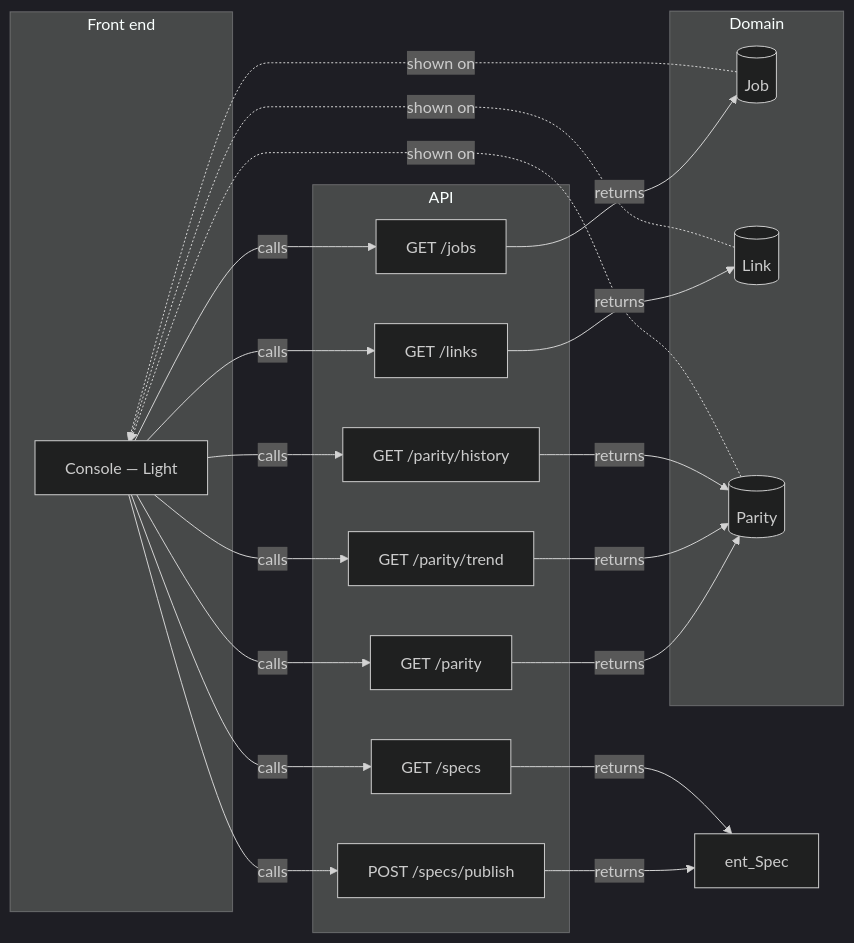
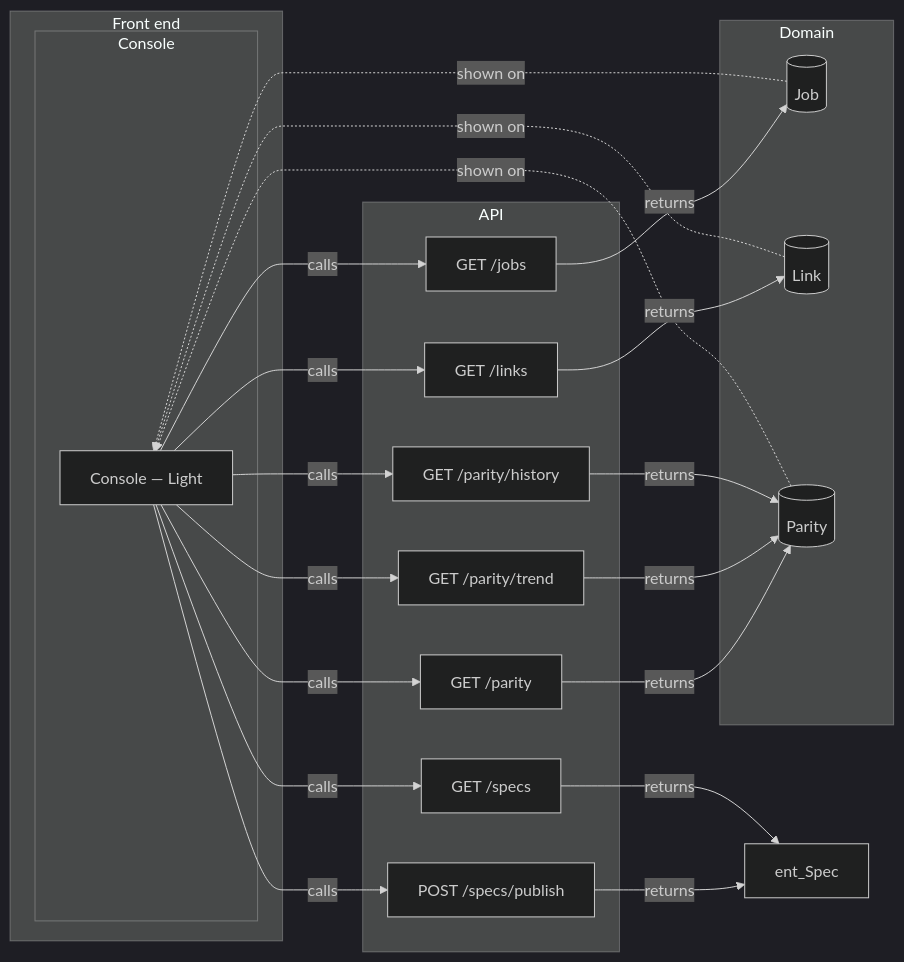
The diagram in examples/weshcraft-console/specs/LINKS.md (leanxt-team/weshcraft), drawn with Mermaid (dark theme) before and after one commit. The commit also changed other lines of this file and 14 other files, not shown here.

````diff
--- a/examples/weshcraft-console/specs/LINKS.md
+++ b/examples/weshcraft-console/specs/LINKS.md
@@ -9,37 +9,39 @@
 ```mermaid
 flowchart LR
   subgraph Front[Front end]
-    scr_console_light["Console — Light"]
+    subgraph fn_console["Console"]
+      scr_console_light["Console — Light"]
+    end
   end
   subgraph API
     op_get_jobs_2["GET /jobs"]
     op_post_specs_publish_54["POST /specs/publish"]
     op_get_parity_56["GET /parity"]
     op_get_parity_trend_80["GET /parity/trend"]
     op_get_links_101["GET /links"]
     op_get_parity_history_123["GET /parity/history"]
     op_get_specs_144["GET /specs"]
   end
   subgraph Domain
     ent_Job[("Job")]
     ent_Link[("Link")]
     ent_Parity[("Parity")]
   end
   scr_console_light -->|calls| op_get_jobs_2
   op_get_jobs_2 -->|returns| ent_Job
   scr_console_light -->|calls| op_post_specs_publish_54
   op_post_specs_publish_54 -->|returns| ent_Spec
   scr_console_light -->|calls| op_get_parity_56
   op_get_parity_56 -->|returns| ent_Parity
   scr_console_light -->|calls| op_get_parity_trend_80
   op_get_parity_trend_80 -->|returns| ent_Parity
   scr_console_light -->|calls| op_get_links_101
   op_get_links_101 -->|returns| ent_Link
   scr_console_light -->|calls| op_get_parity_history_123
   op_get_parity_history_123 -->|returns| ent_Parity
   scr_console_light -->|calls| op_get_specs_144
   op_get_specs_144 -->|returns| ent_Spec
   ent_Job -.->|shown on| scr_console_light
   ent_Link -.->|shown on| scr_console_light
   ent_Parity -.->|shown on| scr_console_light
 ```
````
